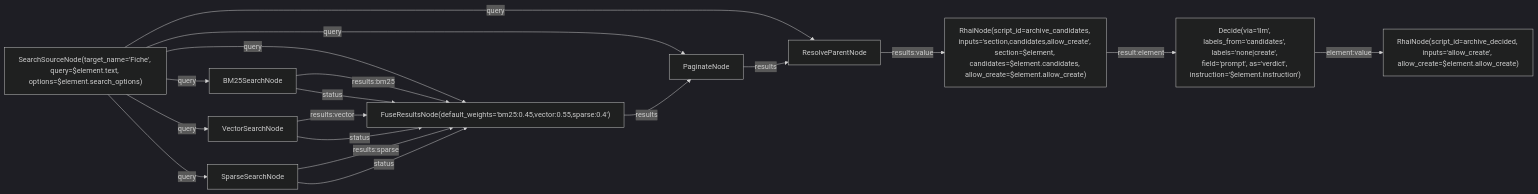
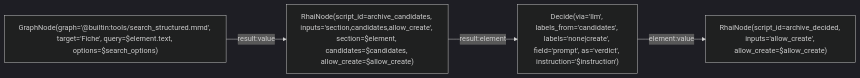
One commit to L-Defraiteur/rag3db changed the diagram in extension/rag3weaver/templates/backends/memory/graphs/archive_decide.mmd. Above: the diagram before and after it, drawn with Mermaid (dark theme). The commit also changed 4 other files, not shown here.

Commit message:
fix(mémoire): l'archive retire ses deux contournements (les réglages par l'élément, la recherche écrite en ligne) maintenant que le graphe cité garde ses paramètres (2fe3c114f, 76f19526b) ; son résultat est le rapport des décisions, toujours présent, les étages d'écriture passent en métadonnées

```diff
--- a/extension/rag3weaver/templates/backends/memory/graphs/archive_decide.mmd
+++ b/extension/rag3weaver/templates/backends/memory/graphs/archive_decide.mmd
@@ -1,34 +1,17 @@
 %% tool: archive_decide
 %% description: Une section (l'élément) : les fiches candidates par la recherche, puis la décision fermée du modèle (une candidate, none, create), rendue comme l'élément des écritures (kind, fiche, records, liens, provenance). Appelé une fois par section par le ForEachNode de archive.
-%% param: element json! -- La section : {title, level, text, anchor, index, chemin, titre, origine}, et les réglages de la décision qu'elle porte : candidates, allow_create, instruction, search_options (un graphe cité ne reçoit pas d'autre paramètre, ticket du 7 nov. 2026).
-%% (La recherche des candidates est celle de search_structured.mmd, écrite en ligne : un graphe cité dans un graphe cité fait voir ses $x à la garde du premier, ticket du 7 nov.)
+%% param: element json! -- La section : {title, level, text, anchor, index, chemin, titre, origine}.
+%% param: candidates int = 5 -- Fiches candidates gardées.
+%% param: allow_create bool = true -- create permis.
+%% param: instruction string! -- Ce que l'étiquette veut dire, pour le modèle ; sans apostrophe droite (substituée entre apostrophes dans la configuration du Decide ; la typographique ’ passe).
+%% param: search_options json! -- Les options de la recherche de candidates (limit…).
 %% result: decided.result
 
 graph LR
-    source["SearchSourceNode(target_name='Fiche', query=$element.text, options=$element.search_options)"]
-    bm25["BM25SearchNode"]
-    vector["VectorSearchNode"]
-    sparse["SparseSearchNode"]
-    fuse["FuseResultsNode(default_weights='bm25:0.45,vector:0.55,sparse:0.4')"]
-    paginate["PaginateNode"]
-    resolve["ResolveParentNode"]
-    prepare["RhaiNode(script_id=archive_candidates, inputs='section,candidates,allow_create', section=$element, candidates=$element.candidates, allow_create=$element.allow_create)"]
-    decide["Decide(via='llm', labels_from='candidates', labels='none|create', field='prompt', as='verdict', instruction='$element.instruction')"]
-    decided["RhaiNode(script_id=archive_decided, inputs='allow_create', allow_create=$element.allow_create)"]
-    source -->|query| bm25
-    source -->|query| vector
-    source -->|query| sparse
-    source -->|query| fuse
-    source -->|query| paginate
-    source -->|query| resolve
-    bm25 -->|results:bm25| fuse
-    bm25 -->|status| fuse
-    vector -->|results:vector| fuse
-    vector -->|status| fuse
-    sparse -->|results:sparse| fuse
-    sparse -->|status| fuse
-    fuse -->|results| paginate
-    paginate -->|results| resolve
-    resolve -->|results:value| prepare
+    recall["GraphNode(graph='@builtin:tools/search_structured.mmd', target='Fiche', query=$element.text, options=$search_options)"]
+    prepare["RhaiNode(script_id=archive_candidates, inputs='section,candidates,allow_create', section=$element, candidates=$candidates, allow_create=$allow_create)"]
+    decide["Decide(via='llm', labels_from='candidates', labels='none|create', field='prompt', as='verdict', instruction='$instruction')"]
+    decided["RhaiNode(script_id=archive_decided, inputs='allow_create', allow_create=$allow_create)"]
+    recall -->|result:value| prepare
     prepare -->|result:element| decide
     decide -->|element:value| decided
```
